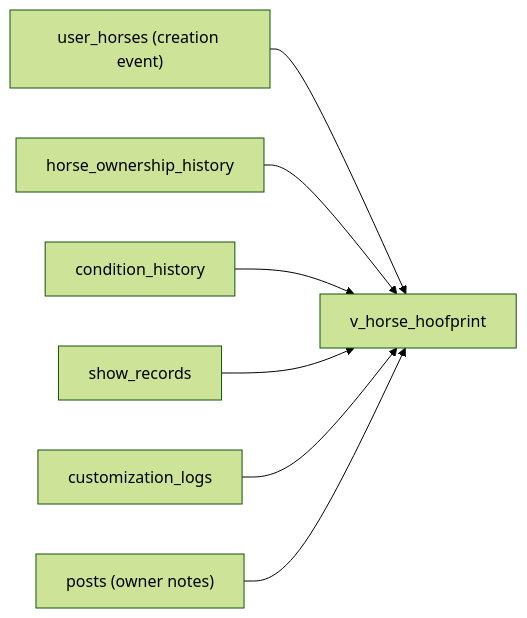
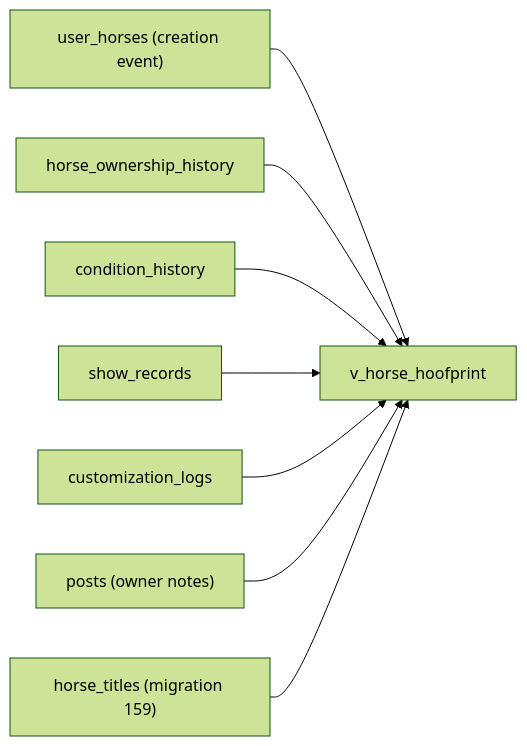
Before and after one commit to smount92/ProjectEquiscape: the first of 3 diagrams in docs/database/materialized-views.md, drawn with Mermaid (forest theme). The commit also changed other lines of this file and 3 other files, not shown here.

````diff
--- a/docs/database/materialized-views.md
+++ b/docs/database/materialized-views.md
@@ -18,9 +21,10 @@
 ```mermaid
 graph LR
     UH["user_horses (creation event)"] --> V["v_horse_hoofprint"]
     OH["horse_ownership_history"] --> V
     CH["condition_history"] --> V
     SR["show_records"] --> V
     CL["customization_logs"] --> V
     P["posts (owner notes)"] --> V
+    HT["horse_titles (migration 159)"] --> V
 ```
````
